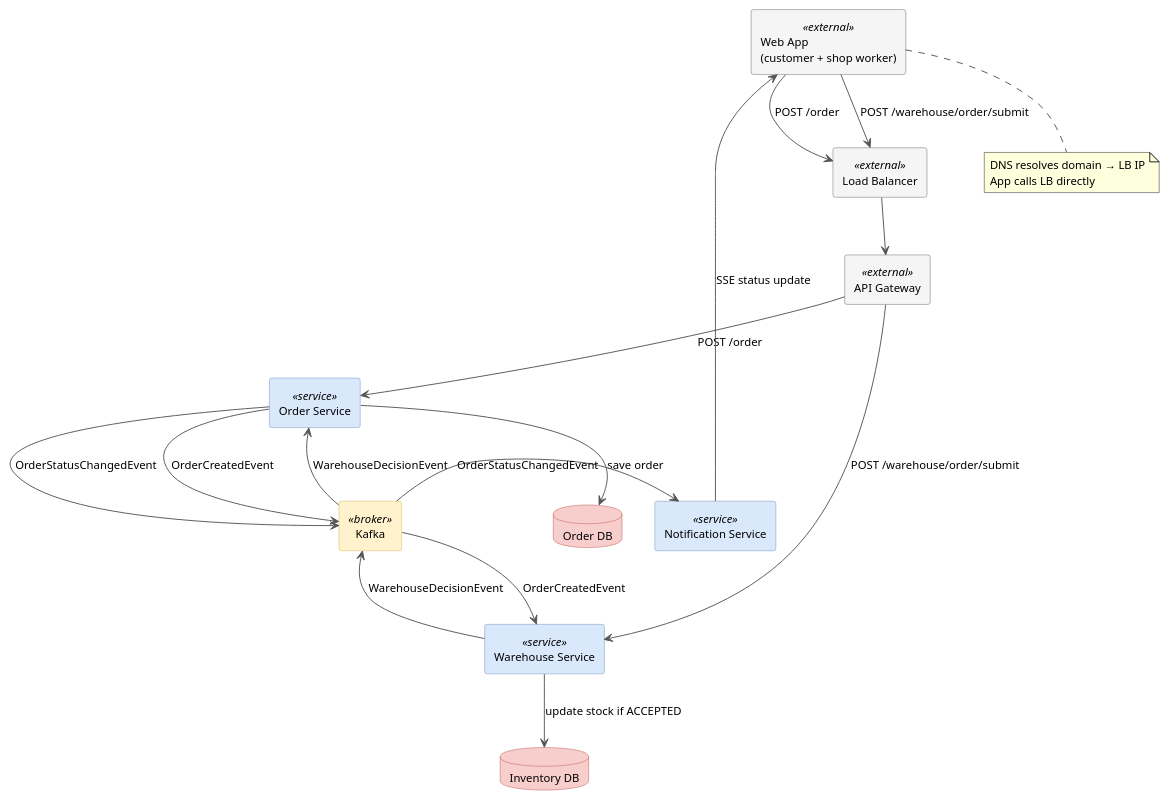
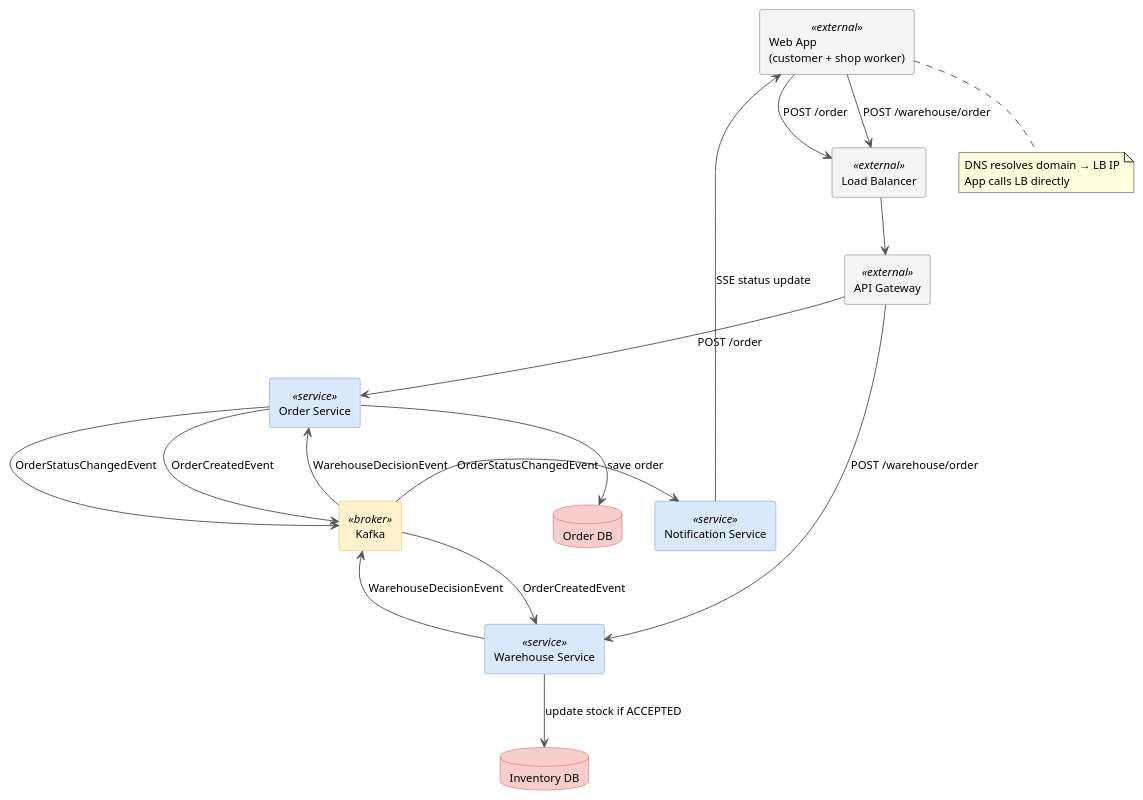
Before and after one commit to hristiina/order-state-machine: the diagram in README.md, drawn with PlantUML. The commit also changed other lines of this file and 2 other files, not shown here.

Commit message:
Drop /submit from warehouse decision endpoint too
POST /warehouse/order/submit -> POST /warehouse/order, for the same reason
order creation lost its /submit suffix: plain REST resource action doesn't
need a verb. Updated WarehouseController, WarehouseDecisionRequest javadoc,
and README (diagram, flow, API table) to match.

````diff
--- a/README.md
+++ b/README.md
@@ -12,62 +12,62 @@
 ```plantuml
 @startuml order_system_design
 skinparam backgroundColor #FFFFFF
 skinparam componentStyle rectangle
 skinparam ArrowColor #555555
 skinparam defaultFontSize 12
 skinparam component {
   BackgroundColor<<service>> #DAE8FC
   BorderColor<<service>> #6C8EBF
   BackgroundColor<<broker>> #FFF2CC
   BorderColor<<broker>> #D6B656
   BackgroundColor<<external>> #F5F5F5
   BorderColor<<external>> #666666
 }
 skinparam database {
   BackgroundColor #F8CECC
   BorderColor #B85450
 }
 
 ' ── ROW 1: Client ──
 component "Web App\n(customer + shop worker)" as client <<external>>
 
 ' ── DNS (lookup only, not in traffic path) ──
 note "DNS resolves domain → LB IP\nApp calls LB directly" as dns
 client .. dns
 
 ' ── ROW 2: Entry ──
 component "Load Balancer" as lb <<external>>
 component "API Gateway" as gateway <<external>>
 
 ' ── ROW 3: Services ──
 component "Order Service" as orderService <<service>>
 component "Warehouse Service" as warehouseService <<service>>
 component "Notification Service" as notificationService <<service>>
 
 ' ── ROW 4: Kafka ──
 component "Kafka" as kafka <<broker>>
 
 ' ── ROW 5: Databases ──
 database "Order DB" as orderDb
 database "Inventory DB" as inventoryDb
 
 ' ── FLOW ──
 client -down-> lb : POST /order
-client -down-> lb : POST /warehouse/order/submit
+client -down-> lb : POST /warehouse/order
 lb -down-> gateway
 gateway -down-> orderService : POST /order
-gateway -down-> warehouseService : POST /warehouse/order/submit
+gateway -down-> warehouseService : POST /warehouse/order
 orderService -down-> orderDb : save order
 warehouseService -down-> inventoryDb : update stock if ACCEPTED
 
 orderService -right-> kafka : OrderCreatedEvent
 kafka -down-> warehouseService : OrderCreatedEvent
 warehouseService -right-> kafka : WarehouseDecisionEvent
 kafka -up-> orderService : WarehouseDecisionEvent
 orderService -down-> kafka : OrderStatusChangedEvent
 kafka -right-> notificationService : OrderStatusChangedEvent
 
 notificationService -up-> client : SSE status update
 
 @enduml
 ```
````
